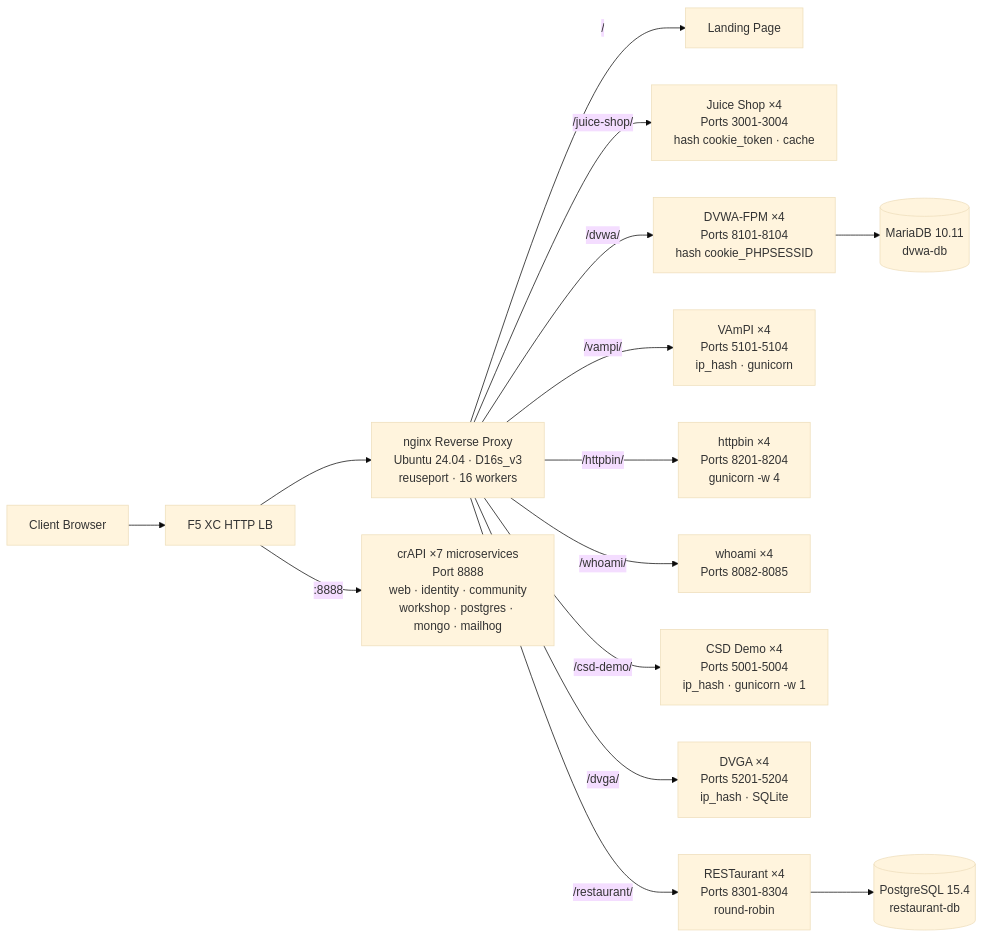
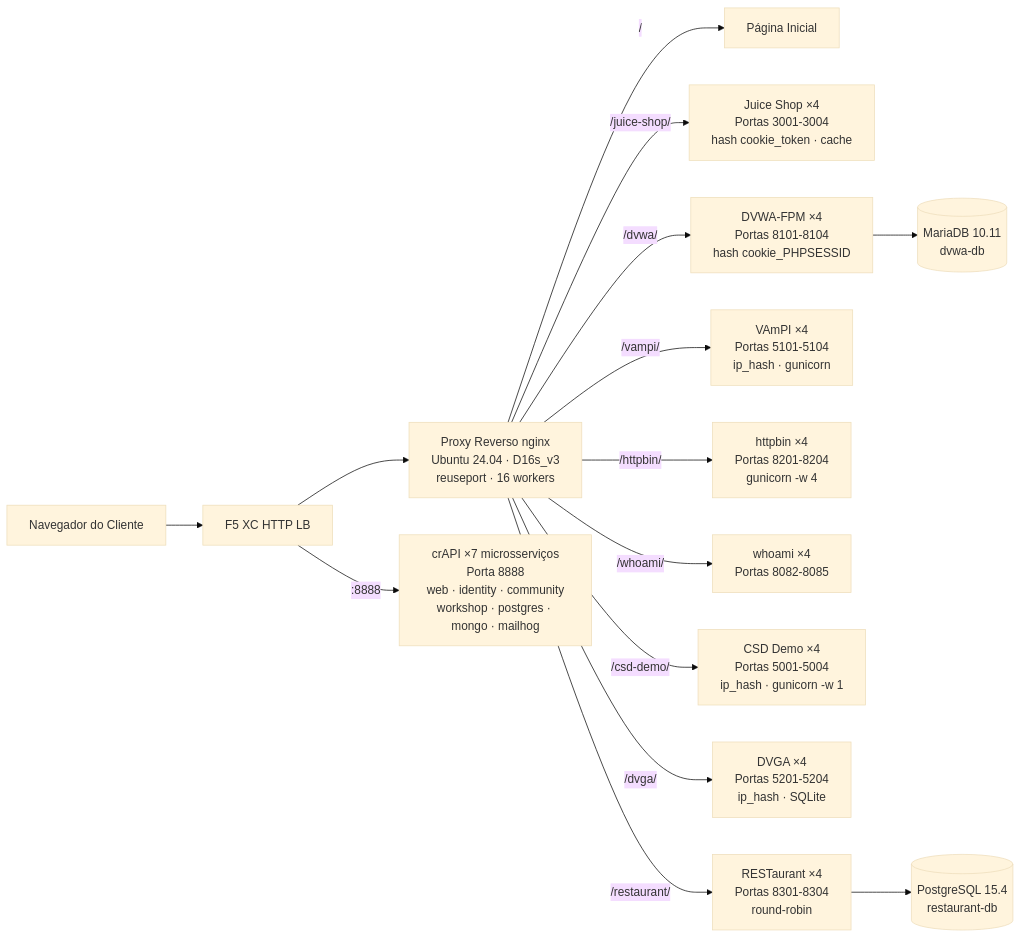
The diagram in docs/pt-br/01-architecture.mdx (f5-sales-demo/origin-server), drawn with Mermaid (base theme) before and after one commit. The commit also changed other lines of this file and 107 other files, not shown here.

````diff
--- a/docs/pt-br/01-architecture.mdx
+++ b/docs/pt-br/01-architecture.mdx
@@ -29,17 +29,17 @@
 ```mermaid
 graph LR
-    Client[Client Browser] --> XCHLB[F5 XC HTTP LB]
-    XCHLB --> NGINX[nginx Reverse Proxy<br/>Ubuntu 24.04 · D16s_v3<br/>reuseport · 16 workers]
-    NGINX --> |/| DEFAULT[Landing Page]
-    NGINX --> |/juice-shop/| JS[Juice Shop ×4<br/>Ports 3001-3004<br/>hash cookie_token · cache]
-    NGINX --> |/dvwa/| DVWA[DVWA-FPM ×4<br/>Ports 8101-8104<br/>hash cookie_PHPSESSID]
-    NGINX --> |/vampi/| VAMPI[VAmPI ×4<br/>Ports 5101-5104<br/>ip_hash · gunicorn]
-    NGINX --> |/httpbin/| HTTPBIN[httpbin ×4<br/>Ports 8201-8204<br/>gunicorn -w 4]
-    NGINX --> |/whoami/| WHOAMI[whoami ×4<br/>Ports 8082-8085]
-    NGINX --> |/csd-demo/| CSD[CSD Demo ×4<br/>Ports 5001-5004<br/>ip_hash · gunicorn -w 1]
-    NGINX --> |/dvga/| DVGA[DVGA ×4<br/>Ports 5201-5204<br/>ip_hash · SQLite]
-    NGINX --> |/restaurant/| REST[RESTaurant ×4<br/>Ports 8301-8304<br/>round-robin]
-    XCHLB --> |:8888| CRAPI[crAPI ×7 microservices<br/>Port 8888<br/>web · identity · community<br/>workshop · postgres · mongo · mailhog]
+    Client[Navegador do Cliente] --> XCHLB[F5 XC HTTP LB]
+    XCHLB --> NGINX[Proxy Reverso nginx<br/>Ubuntu 24.04 · D16s_v3<br/>reuseport · 16 workers]
+    NGINX --> |/| DEFAULT[Página Inicial]
+    NGINX --> |/juice-shop/| JS[Juice Shop ×4<br/>Portas 3001-3004<br/>hash cookie_token · cache]
+    NGINX --> |/dvwa/| DVWA[DVWA-FPM ×4<br/>Portas 8101-8104<br/>hash cookie_PHPSESSID]
+    NGINX --> |/vampi/| VAMPI[VAmPI ×4<br/>Portas 5101-5104<br/>ip_hash · gunicorn]
+    NGINX --> |/httpbin/| HTTPBIN[httpbin ×4<br/>Portas 8201-8204<br/>gunicorn -w 4]
+    NGINX --> |/whoami/| WHOAMI[whoami ×4<br/>Portas 8082-8085]
+    NGINX --> |/csd-demo/| CSD[CSD Demo ×4<br/>Portas 5001-5004<br/>ip_hash · gunicorn -w 1]
+    NGINX --> |/dvga/| DVGA[DVGA ×4<br/>Portas 5201-5204<br/>ip_hash · SQLite]
+    NGINX --> |/restaurant/| REST[RESTaurant ×4<br/>Portas 8301-8304<br/>round-robin]
+    XCHLB --> |:8888| CRAPI[crAPI ×7 microsserviços<br/>Porta 8888<br/>web · identity · community<br/>workshop · postgres · mongo · mailhog]
     DVWA --> DB[(MariaDB 10.11<br/>dvwa-db)]
     REST --> RESTDB[(PostgreSQL 15.4<br/>restaurant-db)]
 ```
````
